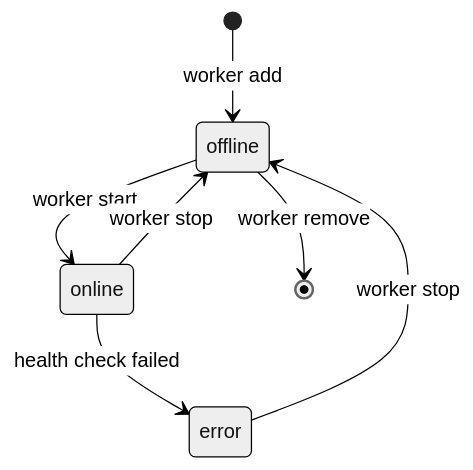
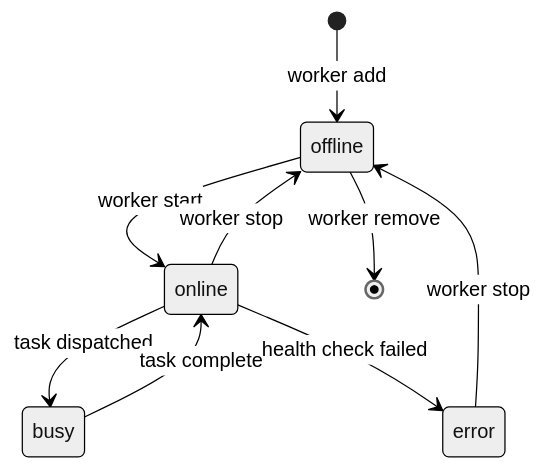
One commit to xiaolai/mecha.im changed the second of 2 diagrams in website/guide/workers.md. Above: the diagram before and after it, drawn with Mermaid (neutral theme). The commit also changed other lines of this file and 1 other file, not shown here.

First line of the commit message:
docs: add sensitive path blocklist, expose/api_key, busy state

````diff
--- a/website/guide/workers.md
+++ b/website/guide/workers.md
@@ -234,9 +245,11 @@
 ```mermaid
 stateDiagram-v2
     [*] --> offline : worker add
     offline --> online : worker start
+    online --> busy : task dispatched
+    busy --> online : task complete
     online --> offline : worker stop
     online --> error : health check failed
     error --> offline : worker stop
     offline --> [*] : worker remove
 ```
````
